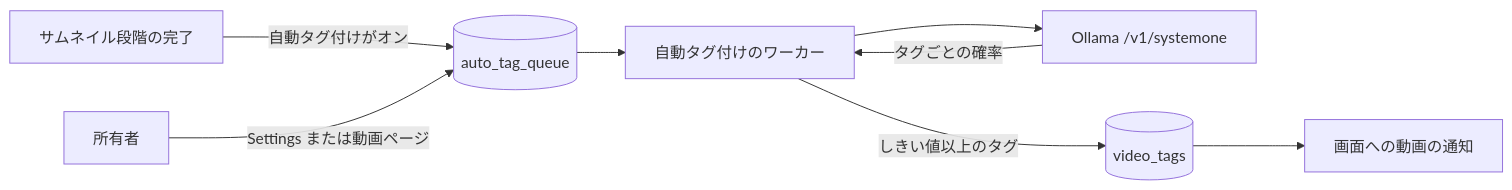
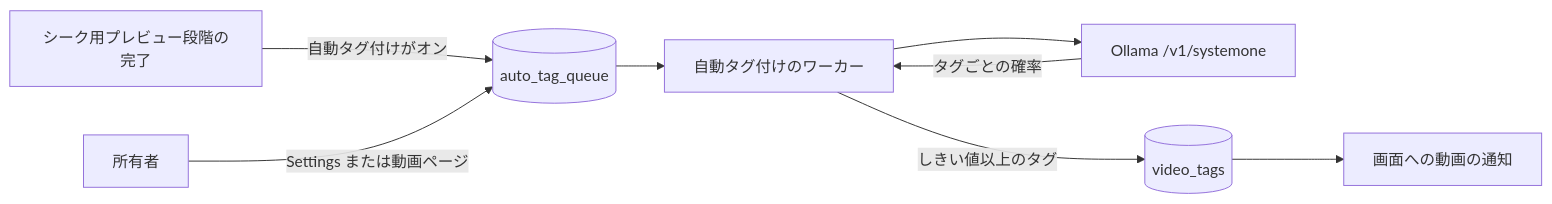
The first of 2 diagrams in translations/ja/docs/design-docs/auto-tagging.md (syudead/vv), drawn with Mermaid before and after one commit. The commit also changed other lines of this file and 12 other files, not shown here.

````diff
--- a/translations/ja/docs/design-docs/auto-tagging.md
+++ b/translations/ja/docs/design-docs/auto-tagging.md
@@ -12,10 +12,10 @@
 ```mermaid
 flowchart LR
-  thumb[サムネイル段階の完了] -->|自動タグ付けがオン| queue[(auto_tag_queue)]
+  seek[シーク用プレビュー段階の完了] -->|自動タグ付けがオン| queue[(auto_tag_queue)]
   owner[所有者] -->|Settings または動画ページ| queue
   queue --> worker[自動タグ付けのワーカー]
   worker --> clef[Ollama /v1/systemone]
   clef -->|タグごとの確率| worker
   worker -->|しきい値以上のタグ| tags[(video_tags)]
   tags --> screen[画面への動画の通知]
 ```
````
